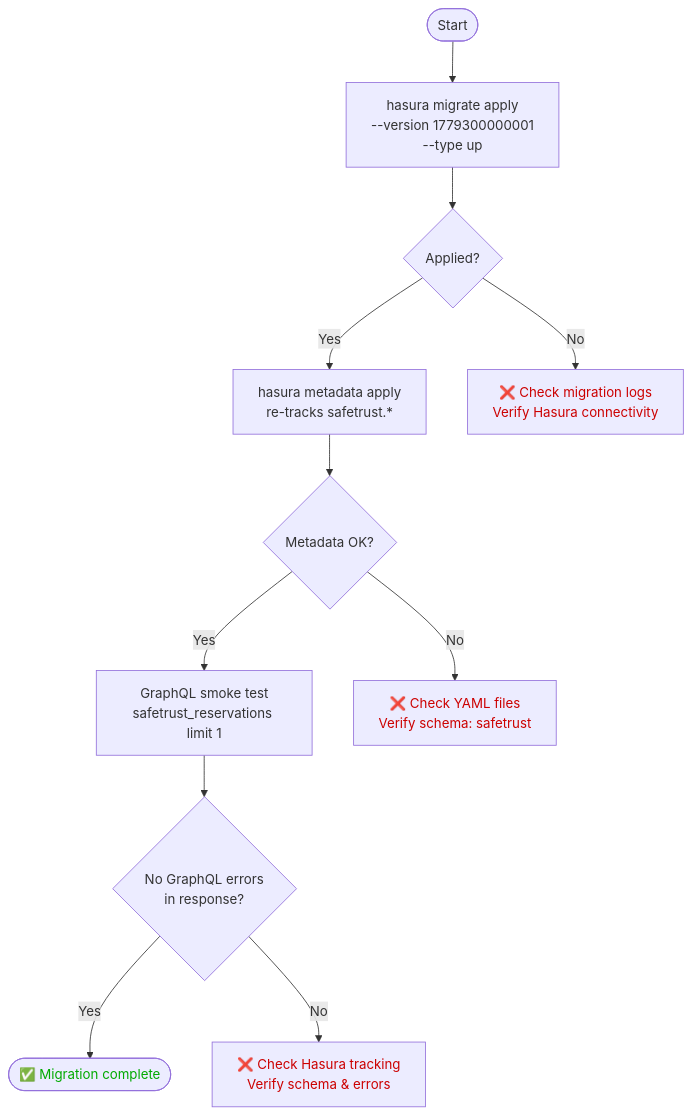
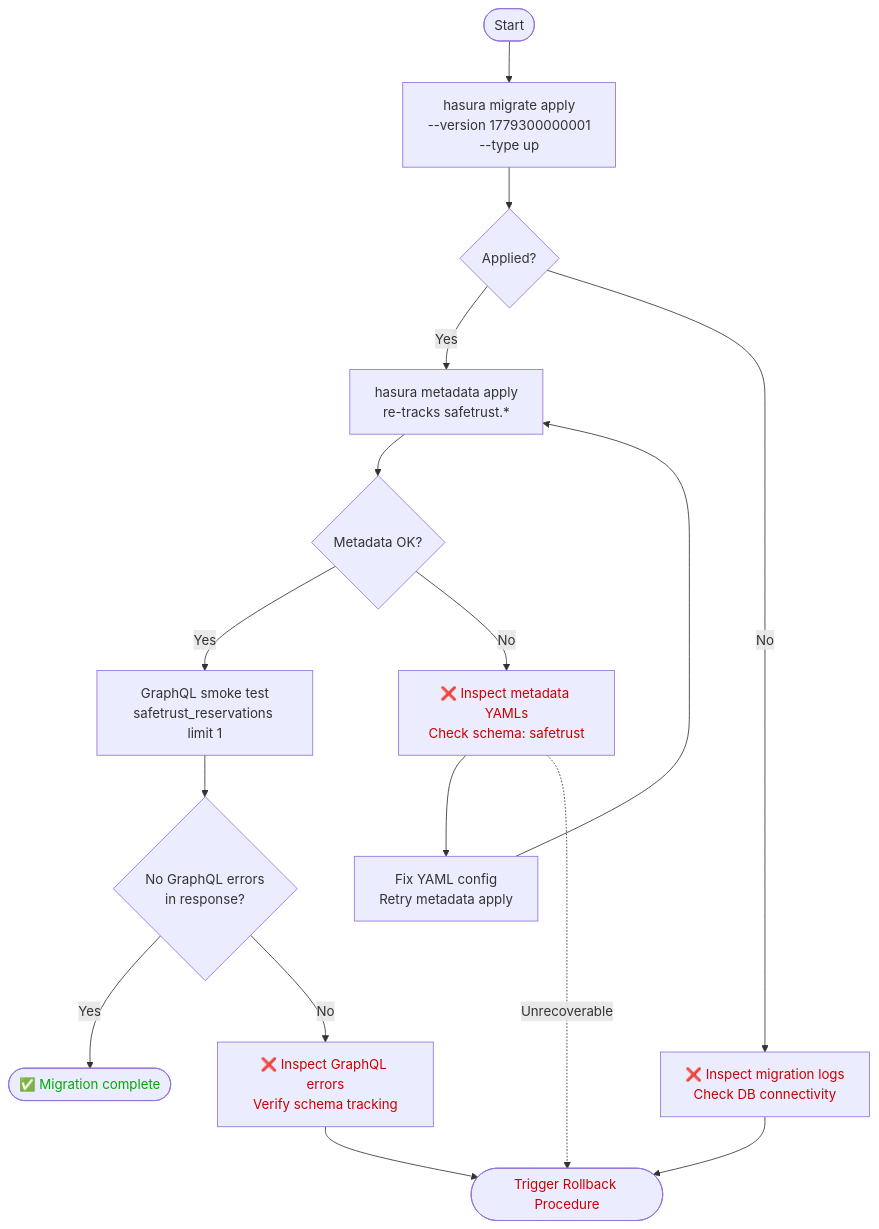
One commit to safetrustcr/backend-SafeTrust changed the fourth of 6 diagrams in docs/migrations/safetrust-schema-migration.md. Above: the diagram before and after it, drawn with Mermaid. The commit also changed other lines of this file, not shown here.

Commit message:
docs(migrations): refine schema privilege distinctions, GraphQL disambiguation, and recovery workflows

````diff
--- a/docs/migrations/safetrust-schema-migration.md
+++ b/docs/migrations/safetrust-schema-migration.md
@@ -299,18 +302,25 @@
 ```mermaid
 flowchart TD
     A([Start]) --> B[hasura migrate apply<br/>--version 1779300000001<br/>--type up]
     B --> C{Applied?}
     C -- Yes --> D[hasura metadata apply<br/>re-tracks safetrust.*]
-    C -- No --> E1[❌ Check migration logs<br/>Verify Hasura connectivity]
+    C -- No --> E1[❌ Inspect migration logs<br/>Check DB connectivity]
     D --> F{Metadata OK?}
     F -- Yes --> G[GraphQL smoke test<br/>safetrust_reservations limit 1]
-    F -- No --> E2[❌ Check YAML files<br/>Verify schema: safetrust]
+    F -- No --> E2[❌ Inspect metadata YAMLs<br/>Check schema: safetrust]
     G --> H{No GraphQL errors<br/>in response?}
     H -- Yes --> OK([✅ Migration complete])
-    H -- No --> E3[❌ Check Hasura tracking<br/>Verify schema & errors]
+    H -- No --> E3[❌ Inspect GraphQL errors<br/>Verify schema tracking]
+
+    E1 --> RB([Trigger Rollback Procedure])
+    E2 --> RETRY[Fix YAML config<br/>Retry metadata apply]
+    RETRY --> D
+    E2 -.->|Unrecoverable| RB
+    E3 --> RB
 
     style OK color:#00aa00
+    style RB color:#cc0000
     style E1 color:#cc0000
     style E2 color:#cc0000
     style E3 color:#cc0000
 ```
````
